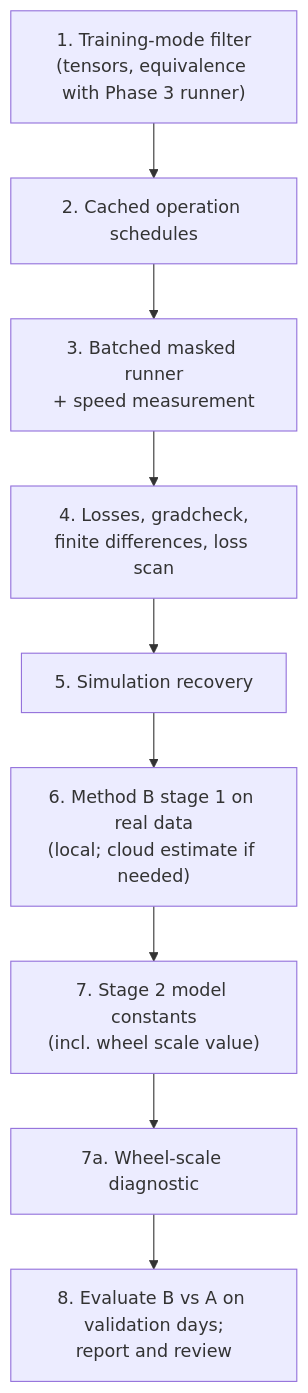
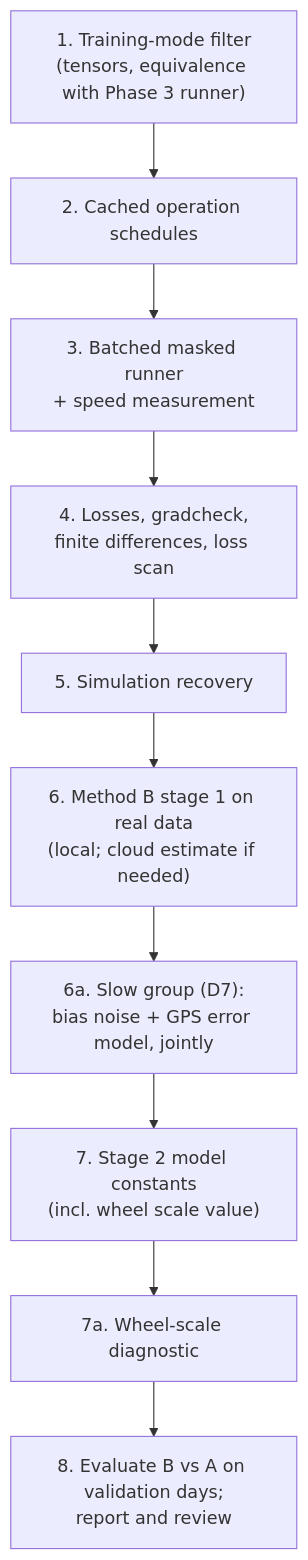
Before and after one commit to JustMohsen/learning-assisted-state-estimation: the diagram in plans/PHASE_4_TRAINING.md, drawn with Mermaid. The commit also changed other lines of this file, not shown here.

Commit message:
Phase 4 plan: FOG bias and GPS error findings (R5, R7a); propose slow-parameter group (D7); Phase 5 notes

````diff
--- a/plans/PHASE_4_TRAINING.md
+++ b/plans/PHASE_4_TRAINING.md
@@ -137,11 +152,12 @@
 ```mermaid
 flowchart TD
     W1["1. Training-mode filter<br/>(tensors, equivalence with Phase 3 runner)"] --> W2["2. Cached operation schedules"]
     W2 --> W3["3. Batched masked runner<br/>+ speed measurement"]
     W3 --> W4["4. Losses, gradcheck,<br/>finite differences, loss scan"]
     W4 --> W5["5. Simulation recovery"]
     W5 --> W6["6. Method B stage 1 on real data<br/>(local; cloud estimate if needed)"]
-    W6 --> W7["7. Stage 2 model constants<br/>(incl. wheel scale value)"]
+    W6 --> W6a["6a. Slow group (D7):<br/>bias noise + GPS error model, jointly"]
+    W6a --> W7["7. Stage 2 model constants<br/>(incl. wheel scale value)"]
     W7 --> W7a["7a. Wheel-scale diagnostic"]
     W7a --> W8["8. Evaluate B vs A on validation days;<br/>report and review"]
 ```
````
